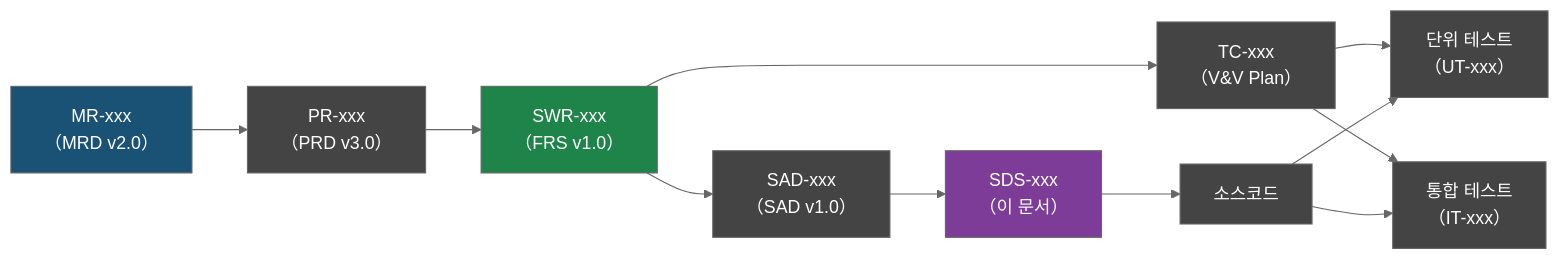
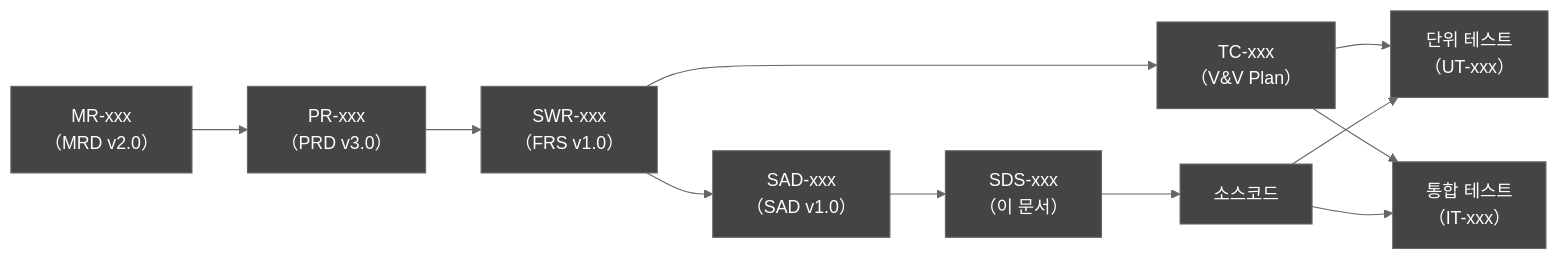
Diagram 23 of 23 in docs/planning/DOC-007_SDS_v1.0.md (holee9/console-gui), drawn with Mermaid (neutral theme) before and after one commit. The commit also changed other lines of this file and 35 other files, not shown here.

First line of the commit message:
fix: 전체 Mermaid 차트 색상 진한 회색 통일

````diff
--- a/docs/planning/DOC-007_SDS_v1.0.md
+++ b/docs/planning/DOC-007_SDS_v1.0.md
@@ -2194,28 +2194,28 @@
 ```mermaid
 flowchart LR
     MR["MR-xxx\n（MRD v2.0）"]
     PR["PR-xxx\n（PRD v3.0）"]
     SWR["SWR-xxx\n（FRS v1.0）"]
     SAD["SAD-xxx\n（SAD v1.0）"]
     SDS["SDS-xxx\n（이 문서）"]
     CODE["소스코드"]
     UT["단위 테스트\n（UT-xxx）"]
     IT["통합 테스트\n（IT-xxx）"]
     TC["TC-xxx\n（V&V Plan）"]
 
     MR --> PR
     PR --> SWR
     SWR --> SAD
     SAD --> SDS
     SDS --> CODE
     SWR --> TC
     TC --> UT
     TC --> IT
     CODE --> UT
     CODE --> IT
 
     classDef default fill:#444,stroke:#666,color:#fff
-    style SDS fill:#7d3c98,color:#fff
-    style MR fill:#1a5276,color:#fff
-    style SWR fill:#1e8449,color:#fff
+    style SDS fill:#444,color:#fff
+    style MR fill:#444,color:#fff
+    style SWR fill:#444,color:#fff
 ```
````
